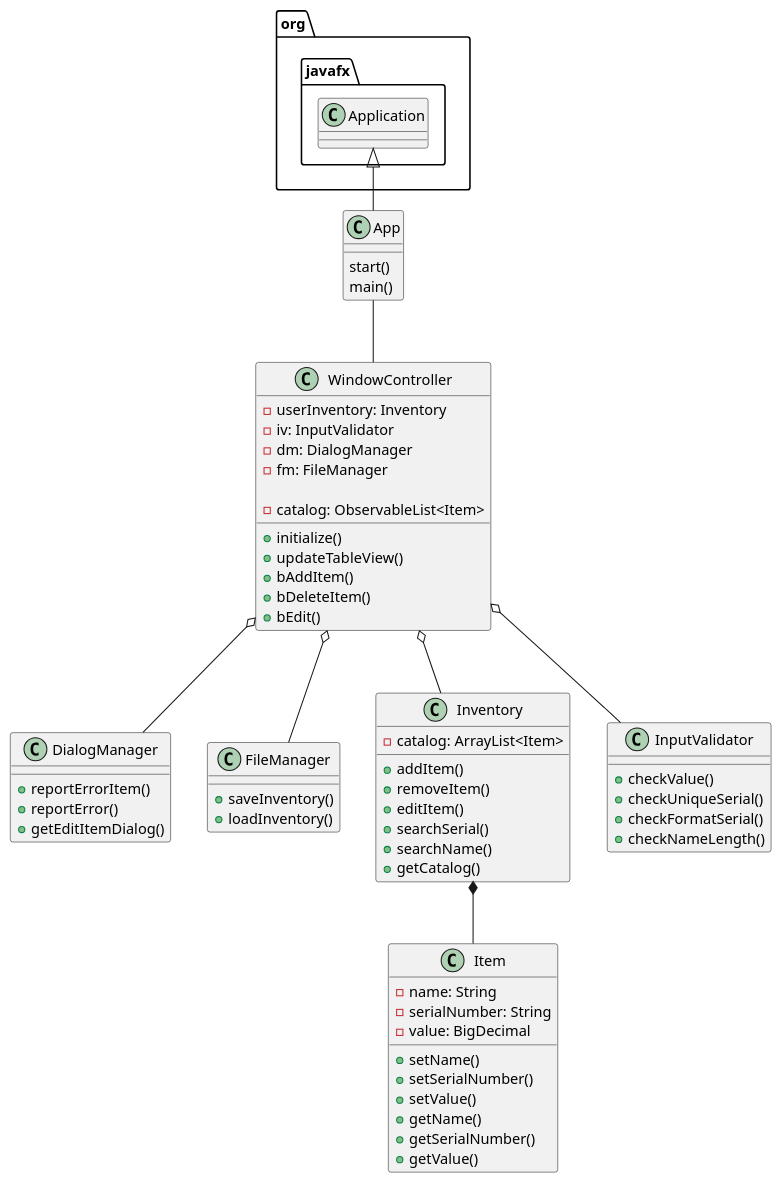
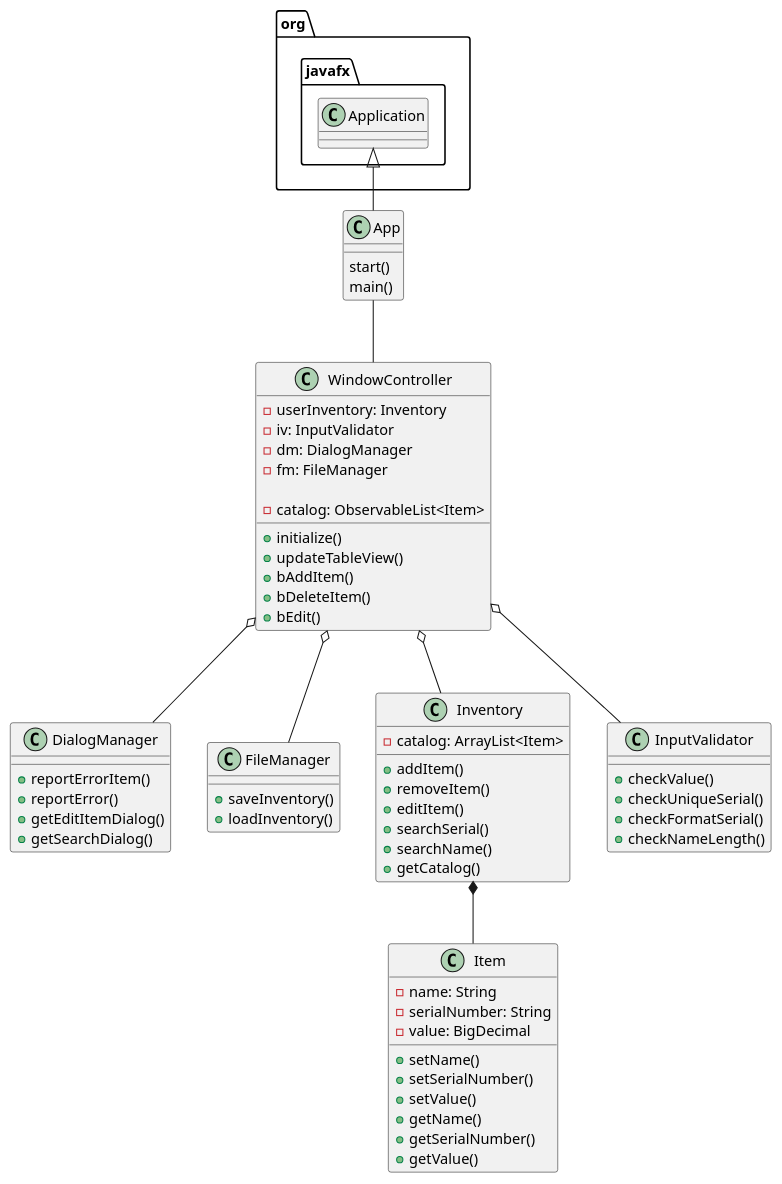
Before and after one commit to kingraham228/Ingraham-7945-a5: the diagram in uml/Inventory.puml, drawn with PlantUML. The commit also changed 2 other files, not shown here.

Commit message:
Configured search dialog box.

```diff
--- a/uml/Inventory.puml
+++ b/uml/Inventory.puml
@@ -1,71 +1,72 @@
 @startuml
 class App{
 start()
 main()
 }
 
 class WindowController{
 - userInventory: Inventory
 - iv: InputValidator
 - dm: DialogManager
 - fm: FileManager
 
 - catalog: ObservableList<Item>
 
 +initialize()
 +updateTableView()
 +bAddItem()
 +bDeleteItem()
 +bEdit()
 }
 
 class DialogManager{
 +reportErrorItem()
 +reportError()
 +getEditItemDialog()
++getSearchDialog()
 }
 
 class FileManager{
 +saveInventory()
 +loadInventory()
 }
 
 class Inventory{
 - catalog: ArrayList<Item>
 
 +addItem()
 +removeItem()
 +editItem()
 +searchSerial()
 +searchName()
 +getCatalog()
 }
 
 class Item{
 -name: String
 -serialNumber: String
 -value: BigDecimal
 
 +setName()
 +setSerialNumber()
 +setValue()
 +getName()
 +getSerialNumber()
 +getValue()
 }
 
 class InputValidator{
 + checkValue()
 + checkUniqueSerial()
 + checkFormatSerial()
 + checkNameLength()
 }
 
 org.javafx.Application <|-- App
 App -- WindowController
 WindowController o-- DialogManager
 WindowController o-- FileManager
 WindowController o-- Inventory
 Inventory *-- Item
 WindowController o-- InputValidator
 @enduml
```
